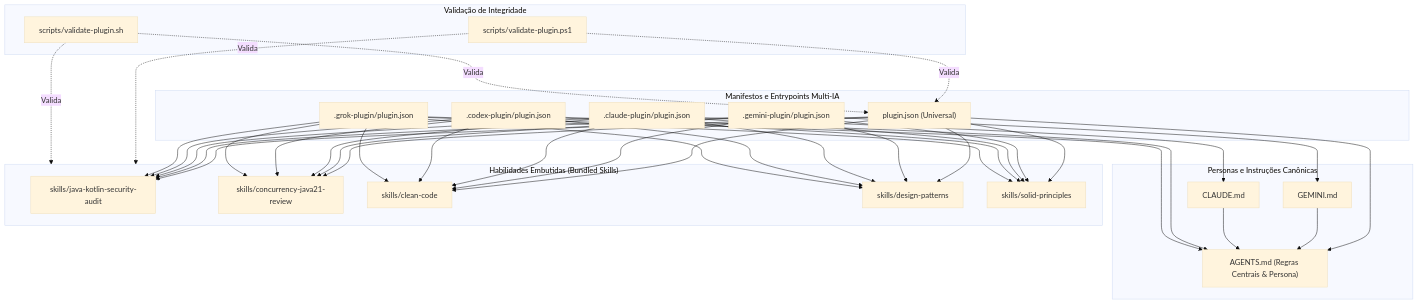
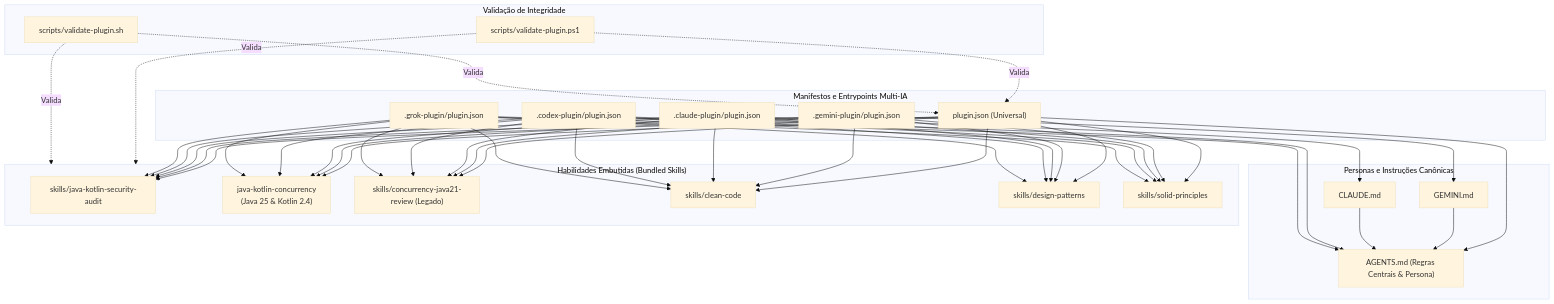
Before and after one commit to wallanpsantos/pack-skill-agents: the diagram in README.md, drawn with Mermaid (base theme). The commit also changed other lines of this file and 18 other files, not shown here.

````diff
--- a/README.md
+++ b/README.md
@@ -88,71 +96,77 @@
 ```mermaid
 graph TD
     subgraph Multi_AI_Entrypoints ["Manifestos e Entrypoints Multi-IA"]
         P_UNI["plugin.json (Universal)"]
         P_GEM[".gemini-plugin/plugin.json"]
         P_CLA[".claude-plugin/plugin.json"]
         P_COD[".codex-plugin/plugin.json"]
         P_GRO[".grok-plugin/plugin.json"]
     end
 
     subgraph Instructions ["Personas e Instruções Canônicas"]
         AGENTS["AGENTS.md (Regras Centrais & Persona)"]
         GEM["GEMINI.md"]
         CLA["CLAUDE.md"]
     end
 
     subgraph Core_Skills ["Habilidades Embutidas (Bundled Skills)"]
         SK_SEC["skills/java-kotlin-security-audit"]
-        SK_CONC["skills/concurrency-java21-review"]
+        SK_CONC_NEW["java-kotlin-concurrency<br/>(Java 25 & Kotlin 2.4)"]
+        SK_CONC["skills/concurrency-java21-review (Legado)"]
         SK_CLEAN["skills/clean-code"]
         SK_PAT["skills/design-patterns"]
         SK_SOL["skills/solid-principles"]
     end
 
     subgraph Validation ["Validação de Integridade"]
         VAL_PS1["scripts/validate-plugin.ps1"]
         VAL_SH["scripts/validate-plugin.sh"]
     end
 
     P_UNI --> AGENTS
     P_UNI --> SK_SEC
+    P_UNI --> SK_CONC_NEW
     P_UNI --> SK_CONC
     P_UNI --> SK_CLEAN
     P_UNI --> SK_PAT
     P_UNI --> SK_SOL
 
     P_GEM --> GEM
     GEM --> AGENTS
     P_GEM --> SK_SEC
+    P_GEM --> SK_CONC_NEW
     P_GEM --> SK_CONC
     P_GEM --> SK_CLEAN
     P_GEM --> SK_PAT
     P_GEM --> SK_SOL
 
     P_CLA --> CLA
     CLA --> AGENTS
     P_CLA --> SK_SEC
+    P_CLA --> SK_CONC_NEW
     P_CLA --> SK_CONC
     P_CLA --> SK_CLEAN
     P_CLA --> SK_PAT
     P_CLA --> SK_SOL
 
     P_COD --> AGENTS
     P_COD --> SK_SEC
+    P_COD --> SK_CONC_NEW
     P_COD --> SK_CONC
     P_COD --> SK_CLEAN
     P_COD --> SK_PAT
     P_COD --> SK_SOL
 
     P_GRO --> AGENTS
     P_GRO --> SK_SEC
+    P_GRO --> SK_CONC_NEW
     P_GRO --> SK_CONC
     P_GRO --> SK_CLEAN
     P_GRO --> SK_PAT
     P_GRO --> SK_SOL
 
     VAL_PS1 -. Valida .-> P_UNI
     VAL_PS1 -. Valida .-> Core_Skills
     VAL_SH -. Valida .-> P_UNI
     VAL_SH -. Valida .-> Core_Skills
 ```
````
